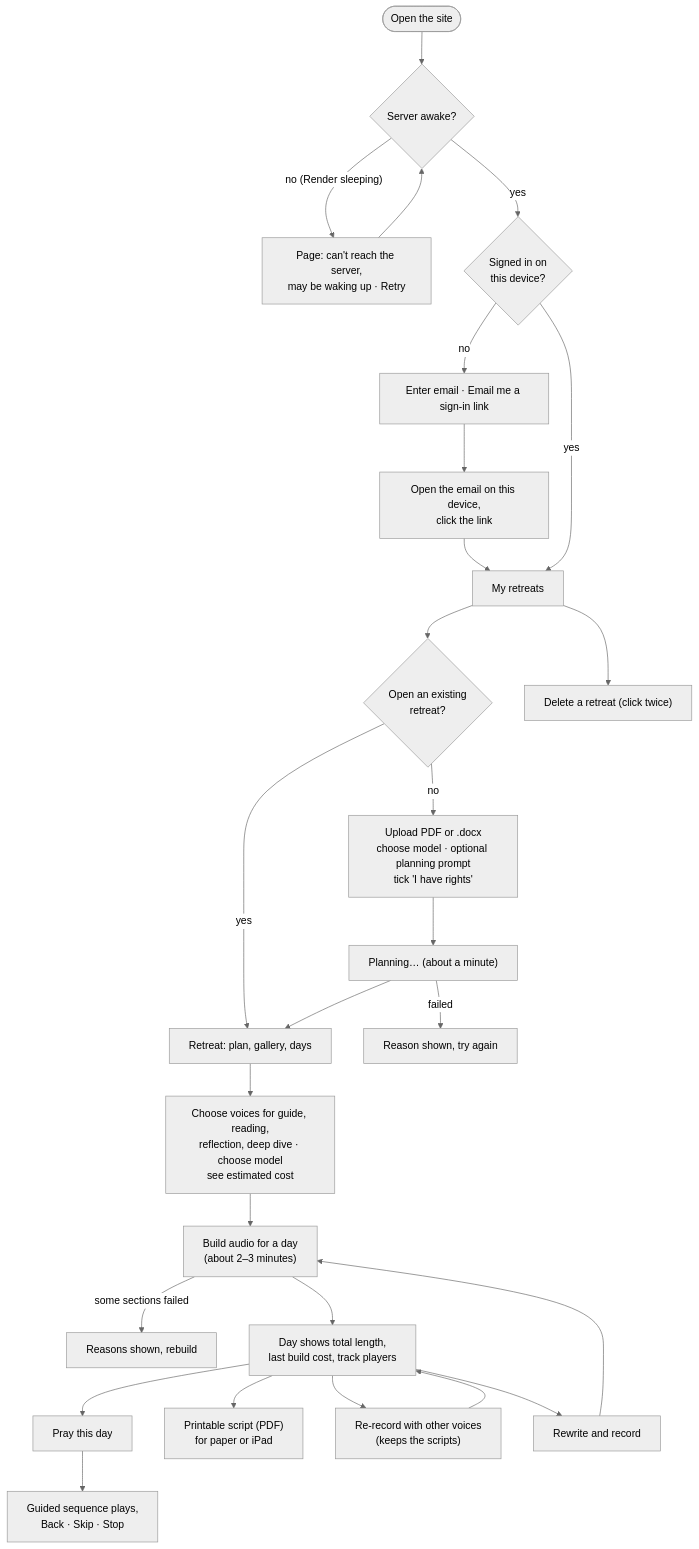
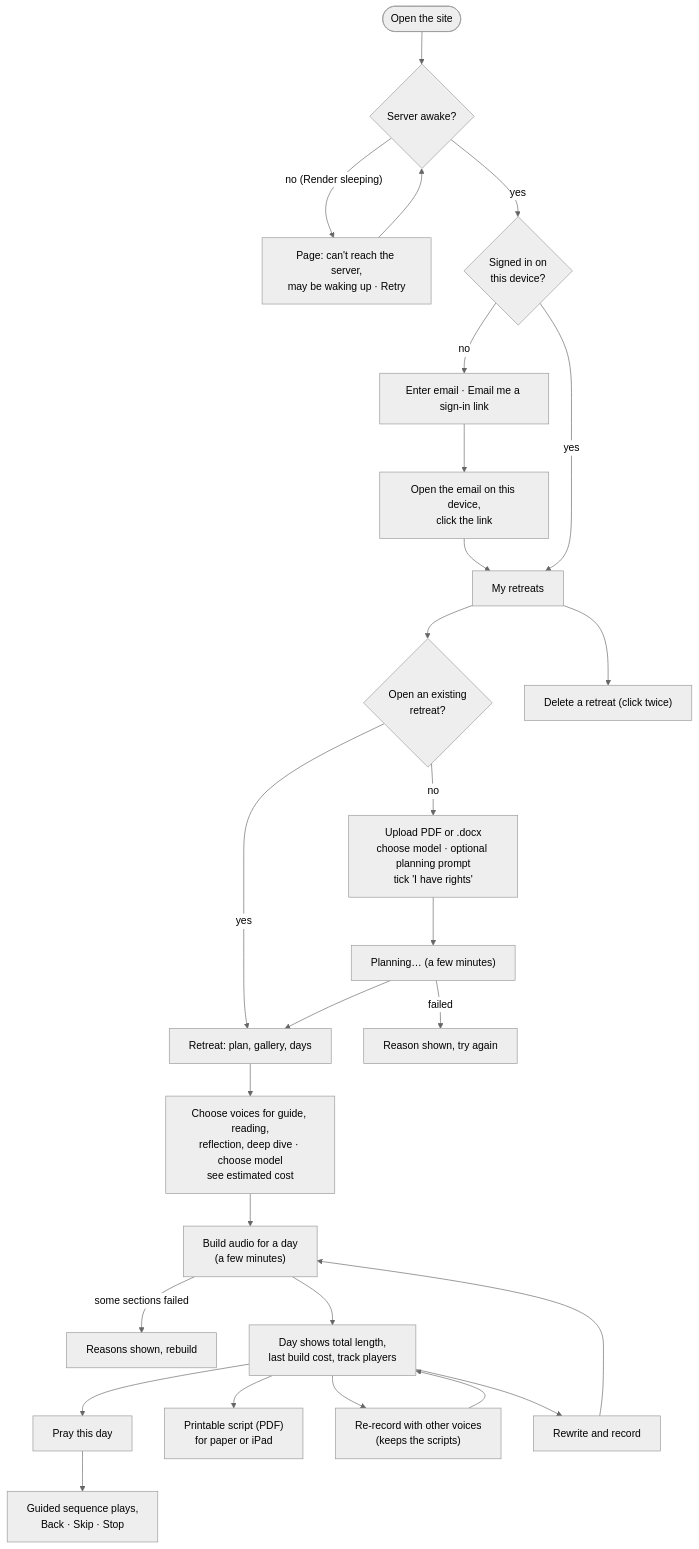
Before and after one commit to bcollier/ignatius-hw4-api: the seventh of 20 diagrams in docs/ARCHITECTURE.md, drawn with Mermaid (neutral theme).

Commit message:
Docs: planning and building take a few minutes
Claude-Session: https://claude.ai/code/session_01HVmjg8TUBHLmg3PzPAQ4yn

````diff
--- a/docs/ARCHITECTURE.md
+++ b/docs/ARCHITECTURE.md
@@ -347,24 +347,24 @@
 ```mermaid
 flowchart TD
     A([Open the site]) --> B{Server awake?}
     B -- "no (Render sleeping)" --> B1["Page: can't reach the server,<br/>may be waking up · Retry"] --> B
     B -- yes --> C{Signed in on<br/>this device?}
     C -- no --> D["Enter email · Email me a sign-in link"] --> E["Open the email on this device,<br/>click the link"] --> F
     C -- yes --> F["My retreats"]
     F --> G{Open an existing<br/>retreat?}
     G -- yes --> K
     G -- no --> H["Upload PDF or .docx<br/>choose model · optional planning prompt<br/>tick 'I have rights'"]
-    H --> I["Planning… (about a minute)"]
+    H --> I["Planning… (a few minutes)"]
     I -- failed --> I1["Reason shown, try again"]
     I --> K["Retreat: plan, gallery, days"]
     K --> L["Choose voices for guide, reading,<br/>reflection, deep dive · choose model<br/>see estimated cost"]
-    L --> M["Build audio for a day<br/>(about 2–3 minutes)"]
+    L --> M["Build audio for a day<br/>(a few minutes)"]
     M -- "some sections failed" --> M1["Reasons shown, rebuild"]
     M --> N["Day shows total length,<br/>last build cost, track players"]
     N --> O["Pray this day"]
     N --> PDF["Printable script (PDF)<br/>for paper or iPad"]
     N --> P["Re-record with other voices<br/>(keeps the scripts)"] --> N
     N --> Q["Rewrite and record"] --> M
     O --> R["Guided sequence plays,<br/>Back · Skip · Stop"]
     F --> S["Delete a retreat (click twice)"]
 ```
````
